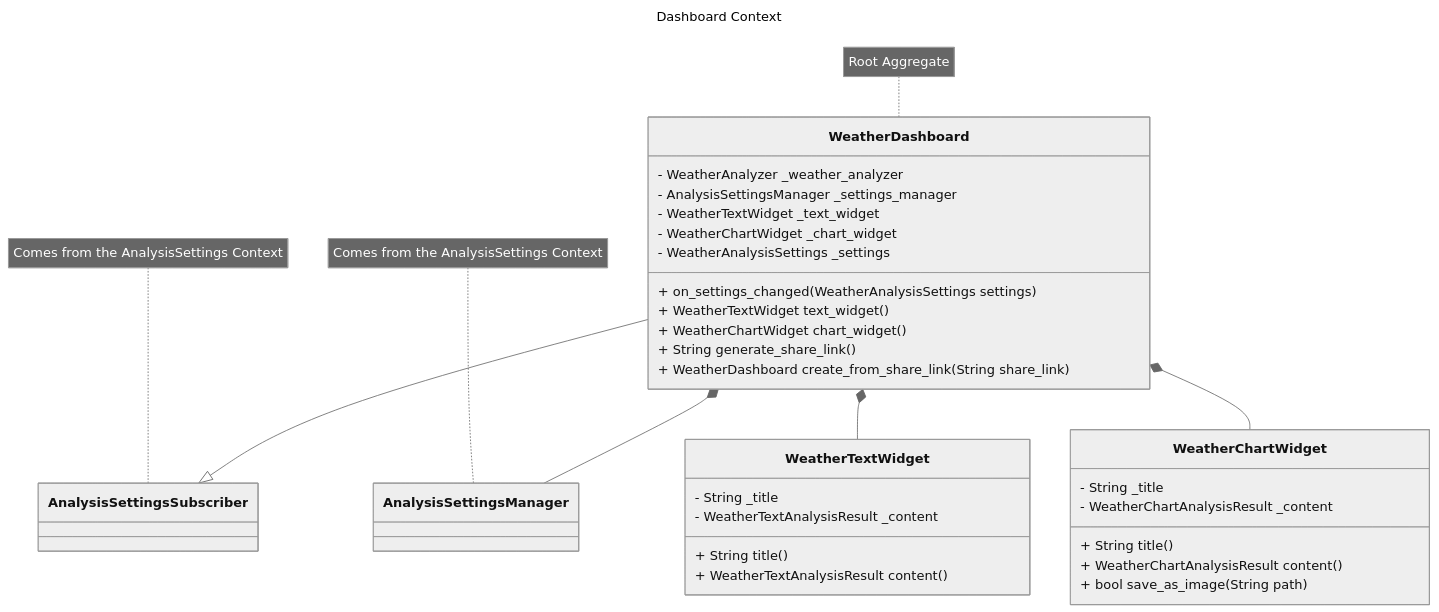
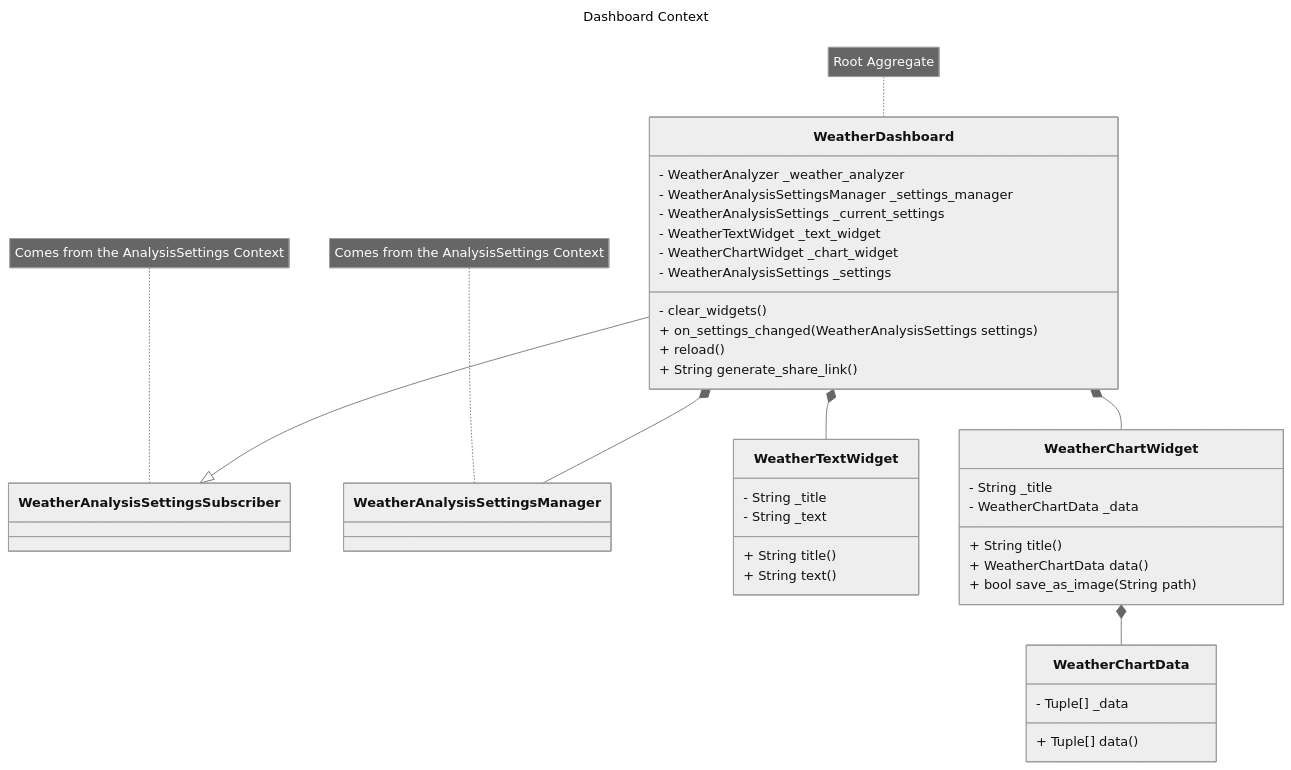
Before and after one commit to yhutter-dv/fhgr-tweather: the fourth of 5 diagrams in doc/architecture.md, drawn with Mermaid (neutral theme). The commit also changed other lines of this file and 5 other files, not shown here.

Commit message:
Update class diagram

````diff
--- a/doc/architecture.md
+++ b/doc/architecture.md
@@ -185,51 +193,57 @@
 ```mermaid
 ---
 title: Dashboard Context
 ---
 classDiagram
 
-    WeatherDashboard --|> AnalysisSettingsSubscriber
-    WeatherDashboard *-- AnalysisSettingsManager
+    WeatherDashboard --|> WeatherAnalysisSettingsSubscriber
+    WeatherDashboard *-- WeatherAnalysisSettingsManager
     WeatherDashboard *-- WeatherTextWidget
     WeatherDashboard *-- WeatherChartWidget
+    WeatherChartWidget *-- WeatherChartData
 
-    note for AnalysisSettingsManager "Comes from the AnalysisSettings Context"
-    class AnalysisSettingsManager {
+    note for WeatherAnalysisSettingsManager "Comes from the AnalysisSettings Context"
+    class WeatherAnalysisSettingsManager {
 
     }
 
-    note for AnalysisSettingsSubscriber "Comes from the AnalysisSettings Context"
-    class AnalysisSettingsSubscriber {
+    note for WeatherAnalysisSettingsSubscriber "Comes from the AnalysisSettings Context"
+    class WeatherAnalysisSettingsSubscriber {
 
     }
 
     note for WeatherDashboard "Root Aggregate"
     class WeatherDashboard {
         - WeatherAnalyzer _weather_analyzer
-        - AnalysisSettingsManager _settings_manager
+        - WeatherAnalysisSettingsManager _settings_manager
+        - WeatherAnalysisSettings _current_settings
         - WeatherTextWidget _text_widget
         - WeatherChartWidget _chart_widget
         - WeatherAnalysisSettings _settings
+        - clear_widgets()
         + on_settings_changed(WeatherAnalysisSettings settings)
-        + WeatherTextWidget text_widget()
-        + WeatherChartWidget chart_widget()
+        + reload()
         + String generate_share_link()
-        + WeatherDashboard create_from_share_link(String share_link)
     }
 
     class WeatherTextWidget {
         - String _title
-        - WeatherTextAnalysisResult _content
+        - String _text
         + String title()
-        + WeatherTextAnalysisResult content()
+        + String text()
     }
 
 
     class WeatherChartWidget {
         - String _title
-        - WeatherChartAnalysisResult _content
+        - WeatherChartData _data
         + String title()
-        + WeatherChartAnalysisResult content()
+        + WeatherChartData data()
         + bool save_as_image(String path)
     }
+
+    class WeatherChartData {
+        - Tuple<Date, float>[] _data
+        + Tuple<Date, float>[] data()
+    }
 ```
````
